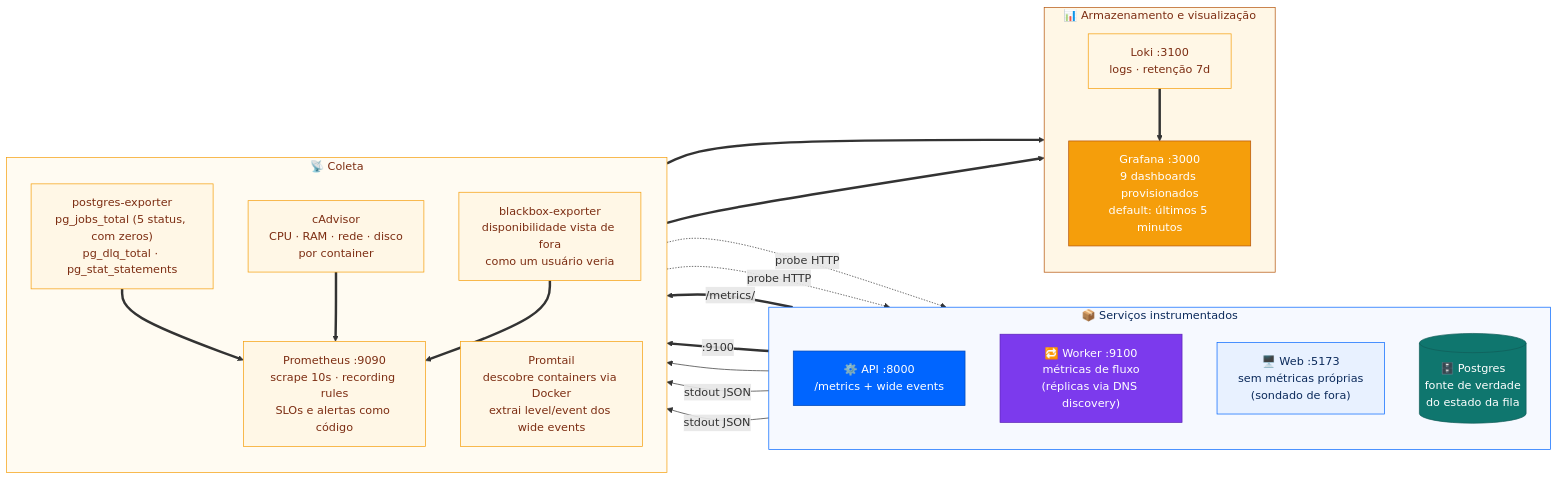
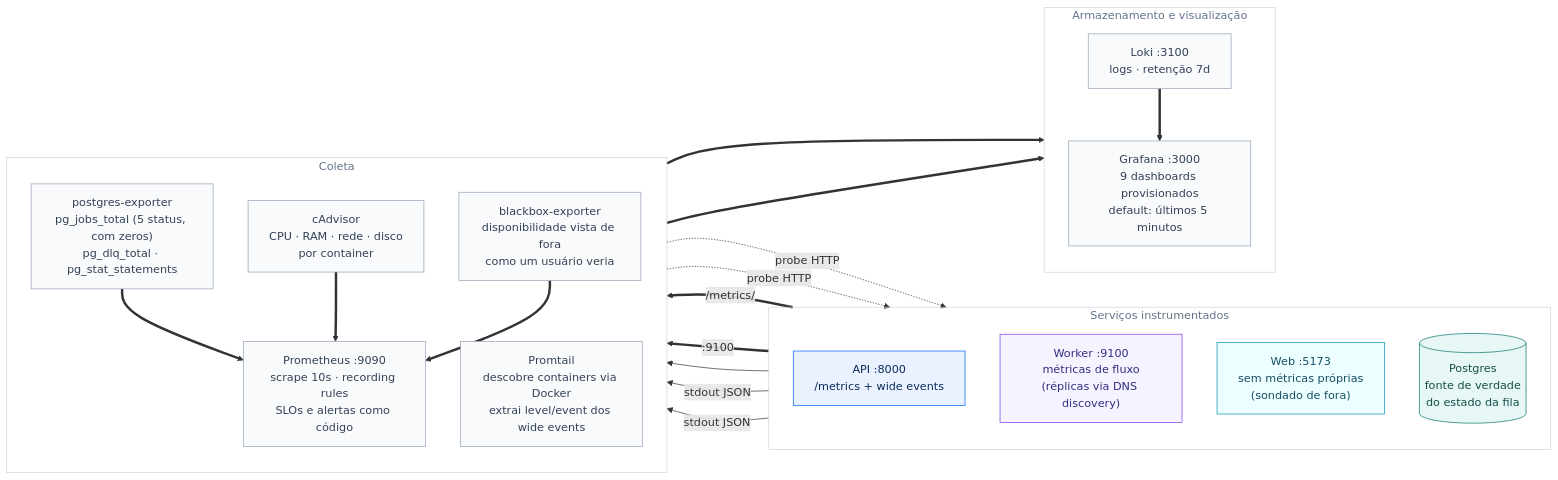
The diagram in observability/README.md (vinnedev/case-fullstack-senior), drawn with Mermaid before and after one commit. The commit also changed 6 other files, not shown here.

Commit message:
refactor(docs): update diagrams and improve readability in documentation

````diff
--- a/observability/README.md
+++ b/observability/README.md
@@ -9,46 +9,46 @@
 ```mermaid
 flowchart LR
-    subgraph Servicos["📦 Serviços instrumentados"]
+    subgraph Servicos["Serviços instrumentados"]
         direction TB
-        A["⚙️ API :8000\n/metrics + wide events"]:::api
-        K["🔁 Worker :9100\nmétricas de fluxo\n(réplicas via DNS discovery)"]:::worker
-        W["🖥️ Web :5173\nsem métricas próprias\n(sondado de fora)"]:::web
-        P[("🗄️ Postgres\nfonte de verdade\ndo estado da fila")]:::db
+        A["API :8000\n/metrics + wide events"]:::api
+        K["Worker :9100\nmétricas de fluxo\n(réplicas via DNS discovery)"]:::worker
+        W["Web :5173\nsem métricas próprias\n(sondado de fora)"]:::web
+        P[("Postgres\nfonte de verdade\ndo estado da fila")]:::db
     end
 
-    subgraph Coleta["📡 Coleta"]
+    subgraph Coleta["Coleta"]
         direction TB
         PR["Prometheus :9090\nscrape 10s · recording rules\nSLOs e alertas como código"]:::obs
         PE["postgres-exporter\npg_jobs_total (5 status, com zeros)\npg_dlq_total · pg_stat_statements"]:::obs
         CA["cAdvisor\nCPU · RAM · rede · disco\npor container"]:::obs
         BB["blackbox-exporter\ndisponibilidade vista de fora\ncomo um usuário veria"]:::obs
         PT["Promtail\ndescobre containers via Docker\nextrai level/event dos wide events"]:::obs
     end
 
-    subgraph Visual["📊 Armazenamento e visualização"]
+    subgraph Visual["Armazenamento e visualização"]
         direction TB
         L["Loki :3100\nlogs · retenção 7d"]:::obs
         G["Grafana :3000\n9 dashboards provisionados\ndefault: últimos 5 minutos"]:::grafana
     end
 
     A ==>|"/metrics/"| PR
     K ==>|":9100"| PR
     P --> PE ==> PR
     CA ==> PR
     BB ==> PR
     BB -.->|"probe HTTP"| W
     BB -.->|"probe HTTP"| A
     A & K -->|"stdout JSON"| PT ==> L
     PR ==> G
     L ==> G
 
-    classDef api fill:#0065FF,stroke:#0047B3,color:#FFFFFF
-    classDef worker fill:#7C3AED,stroke:#5B21B6,color:#FFFFFF
-    classDef web fill:#E8F1FF,stroke:#0065FF,color:#0B2A5B
-    classDef db fill:#0F766E,stroke:#115E59,color:#FFFFFF
-    classDef obs fill:#FFF7E6,stroke:#F59E0B,color:#7C2D12
-    classDef grafana fill:#F59E0B,stroke:#B45309,color:#FFFFFF
-    style Servicos fill:#F6F9FF,stroke:#0065FF,color:#0B2A5B
-    style Coleta fill:#FFFBF2,stroke:#F59E0B,color:#7C2D12
-    style Visual fill:#FFF7E6,stroke:#B45309,color:#7C2D12
+    classDef api fill:#EAF2FF,stroke:#0065FF,color:#0B2A5B
+    classDef worker fill:#F5F3FF,stroke:#7C3AED,color:#312E81
+    classDef web fill:#ECFEFF,stroke:#0891B2,color:#164E63
+    classDef db fill:#E6F7F5,stroke:#0F766E,color:#134E4A
+    classDef obs fill:#F8FAFC,stroke:#94A3B8,color:#334155
+    classDef grafana fill:#F8FAFC,stroke:#94A3B8,color:#334155
+    style Servicos fill:transparent,stroke:#CBD5E1,color:#64748B
+    style Coleta fill:transparent,stroke:#CBD5E1,color:#64748B
+    style Visual fill:transparent,stroke:#CBD5E1,color:#64748B
 ```
````
